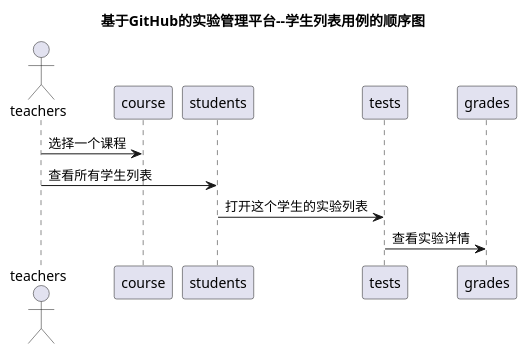
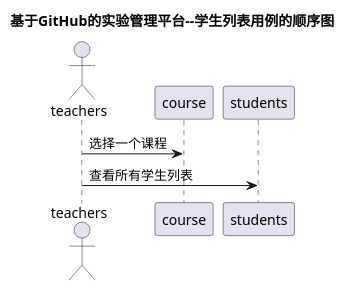
Before and after one commit to Frapschen/is_analysis: the diagram in test6/src/sequenceStu_list.puml, drawn with PlantUML.

Commit message:
期末实验：修改

```diff
--- a/test6/src/sequenceStu_list.puml
+++ b/test6/src/sequenceStu_list.puml
@@ -1,8 +1,6 @@
 @startuml
 title 基于GitHub的实验管理平台--学生列表用例的顺序图
 actor teachers
 teachers -> course:选择一个课程
 teachers -> students: 查看所有学生列表
-students -> tests:打开这个学生的实验列表
-tests -> grades:查看实验详情
 @enduml
```
